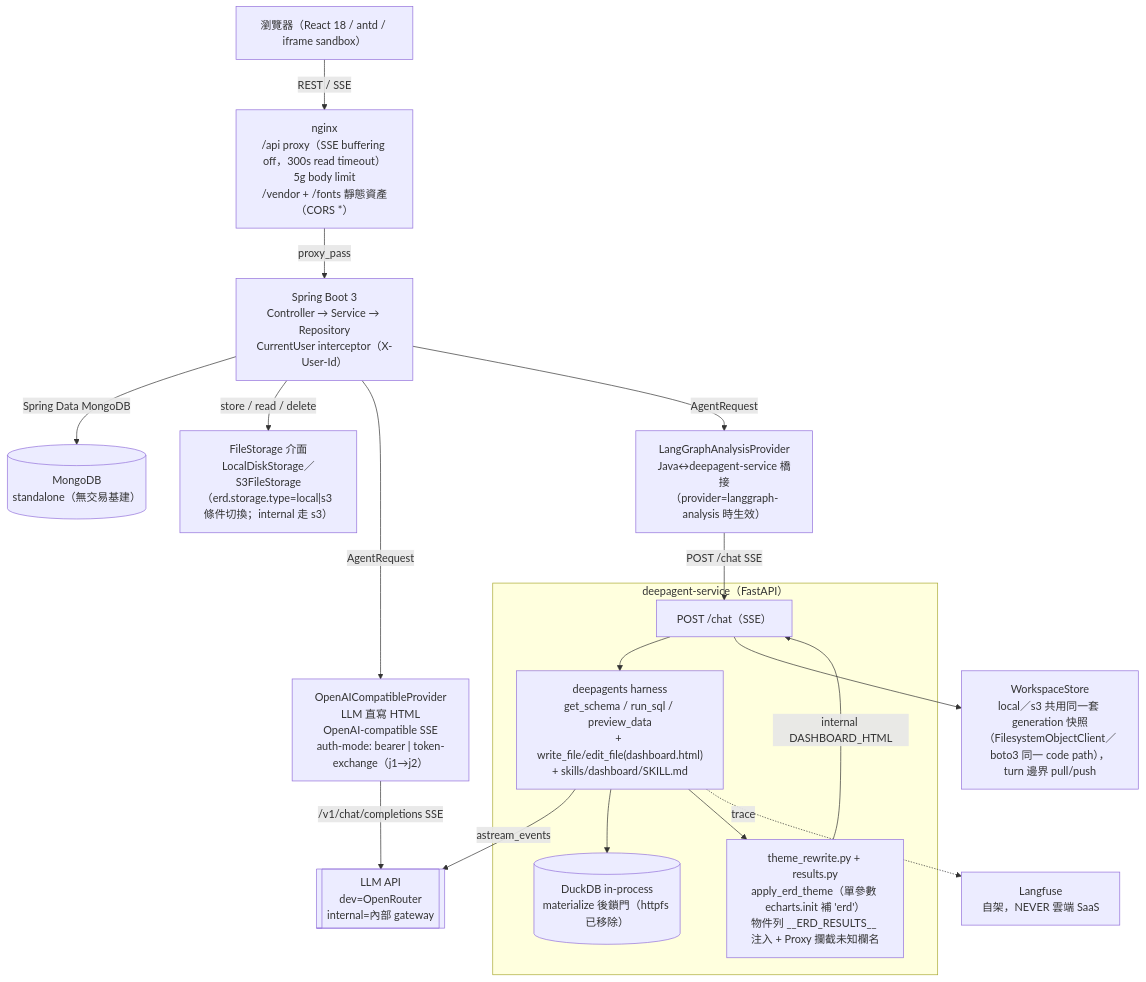
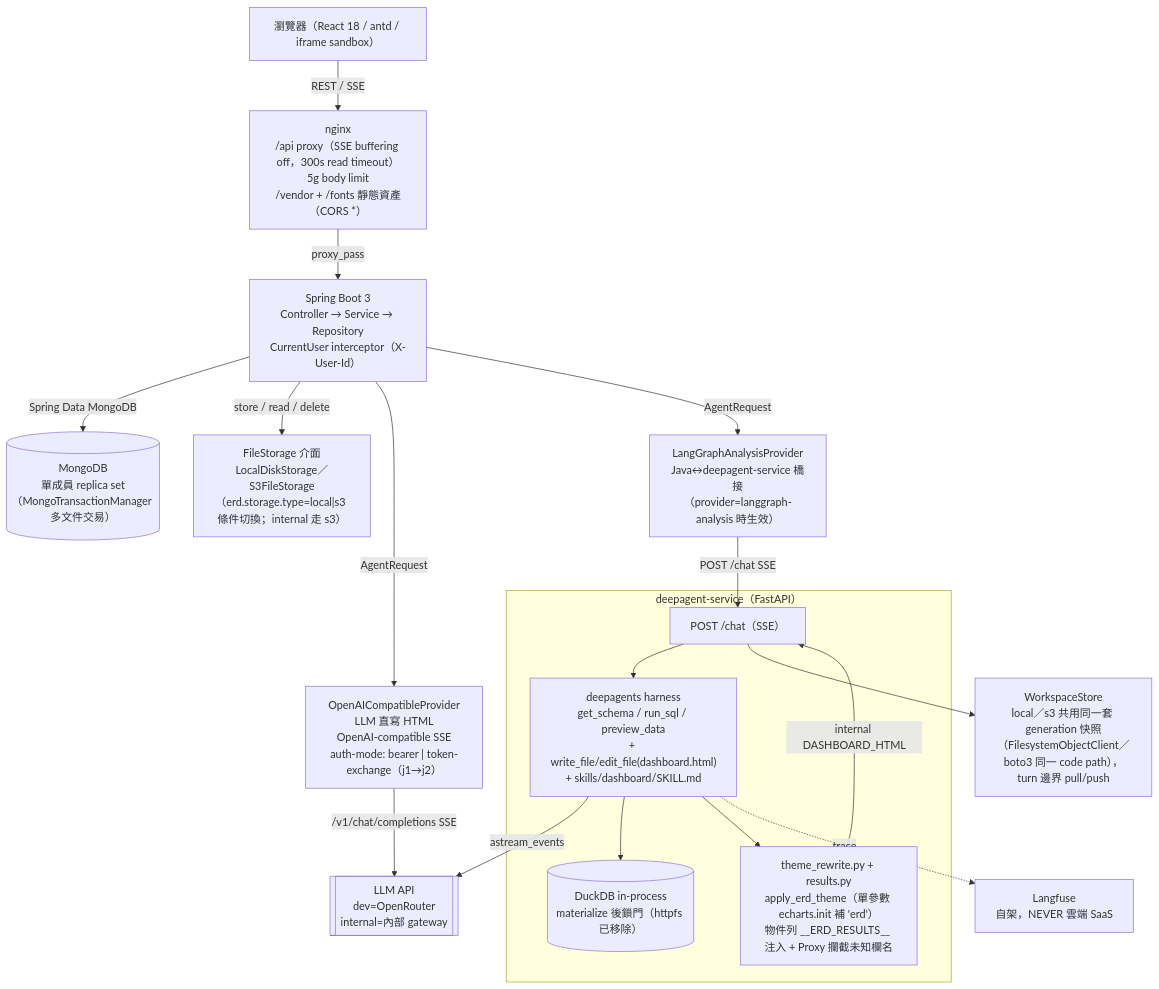
Before and after one commit to Michelle12369/cowork: the first of 4 diagrams in docs/architecture.md, drawn with Mermaid. The commit also changed other lines of this file and 4 other files, not shown here.

First line of the commit message:
feat(infra): mongo 改單成員 replica set + uri replicaSet + 文件（交易方案）

````diff
--- a/docs/architecture.md
+++ b/docs/architecture.md
@@ -11,40 +11,40 @@
 ```mermaid
 graph TD
     Browser["瀏覽器（React 18 / antd / iframe sandbox）"]
     Nginx["nginx\n/api proxy（SSE buffering off，300s read timeout）\n5g body limit\n/vendor + /fonts 靜態資產（CORS *）"]
     Spring["Spring Boot 3\nController → Service → Repository\nCurrentUser interceptor（X-User-Id）"]
-    Mongo[("MongoDB\nstandalone（無交易基建）")]
+    Mongo[("MongoDB\n單成員 replica set（MongoTransactionManager 多文件交易）")]
     FileStorage["FileStorage 介面\nLocalDiskStorage／S3FileStorage（erd.storage.type=local|s3 條件切換；internal 走 s3）"]
 
     OpenAICompatible["OpenAICompatibleProvider\nLLM 直寫 HTML\nOpenAI-compatible SSE\nauth-mode: bearer | token-exchange（j1→j2）"]
     LangGraphAnalysis["LangGraphAnalysisProvider\nJava↔deepagent-service 橋接\n（provider=langgraph-analysis 時生效）"]
 
     subgraph DeepAgent["deepagent-service（FastAPI）"]
         FastAPIChat["POST /chat（SSE）"]
         DeepAgentsHarness["deepagents harness\nget_schema / run_sql / preview_data\n+ write_file/edit_file(dashboard.html)\n+ skills/dashboard/SKILL.md"]
         DuckDBEngine[("DuckDB in-process\nmaterialize 後鎖門（httpfs 已移除）")]
         ThemeInject["theme_rewrite.py + results.py\napply_erd_theme（單參數 echarts.init 補 'erd'）\n物件列 __ERD_RESULTS__ 注入 + Proxy 攔截未知欄名"]
     end
 
     WorkspaceStore["WorkspaceStore\nlocal／s3 共用同一套 generation 快照（FilesystemObjectClient／boto3 同一 code path），turn 邊界 pull/push"]
     LLMAPI[["LLM API\ndev=OpenRouter\ninternal=內部 gateway"]]
     Langfuse["Langfuse\n自架，NEVER 雲端 SaaS"]
 
     Browser -->|REST / SSE| Nginx
     Nginx -->|proxy_pass| Spring
     Spring -->|Spring Data MongoDB| Mongo
     Spring -->|store / read / delete| FileStorage
 
     Spring -->|AgentRequest| OpenAICompatible
     OpenAICompatible -->|/v1/chat/completions SSE| LLMAPI
 
     Spring -->|AgentRequest| LangGraphAnalysis
     LangGraphAnalysis -->|POST /chat SSE| FastAPIChat
     FastAPIChat --> DeepAgentsHarness
     DeepAgentsHarness -->|astream_events| LLMAPI
     DeepAgentsHarness --> DuckDBEngine
     DeepAgentsHarness --> ThemeInject
     ThemeInject -->|internal DASHBOARD_HTML| FastAPIChat
     FastAPIChat --> WorkspaceStore
     DeepAgentsHarness -.trace.-> Langfuse
 ```
````
